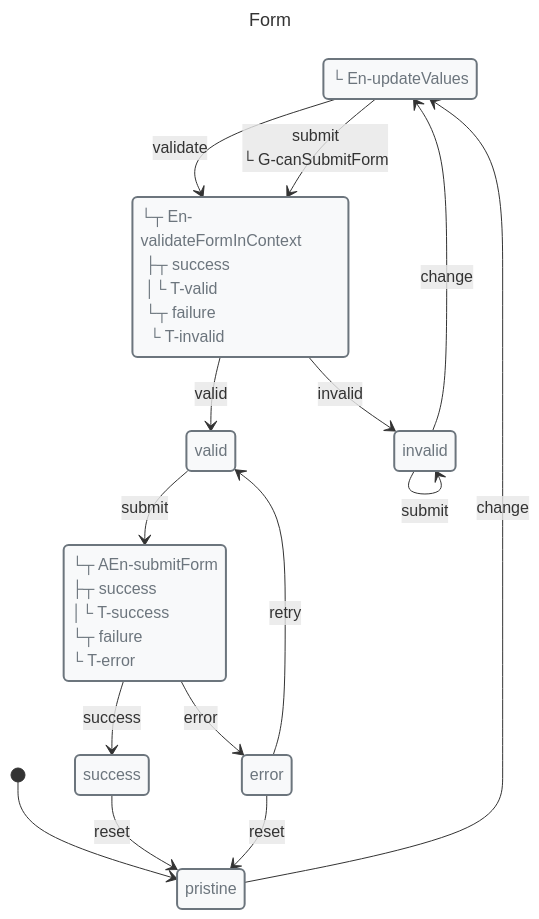
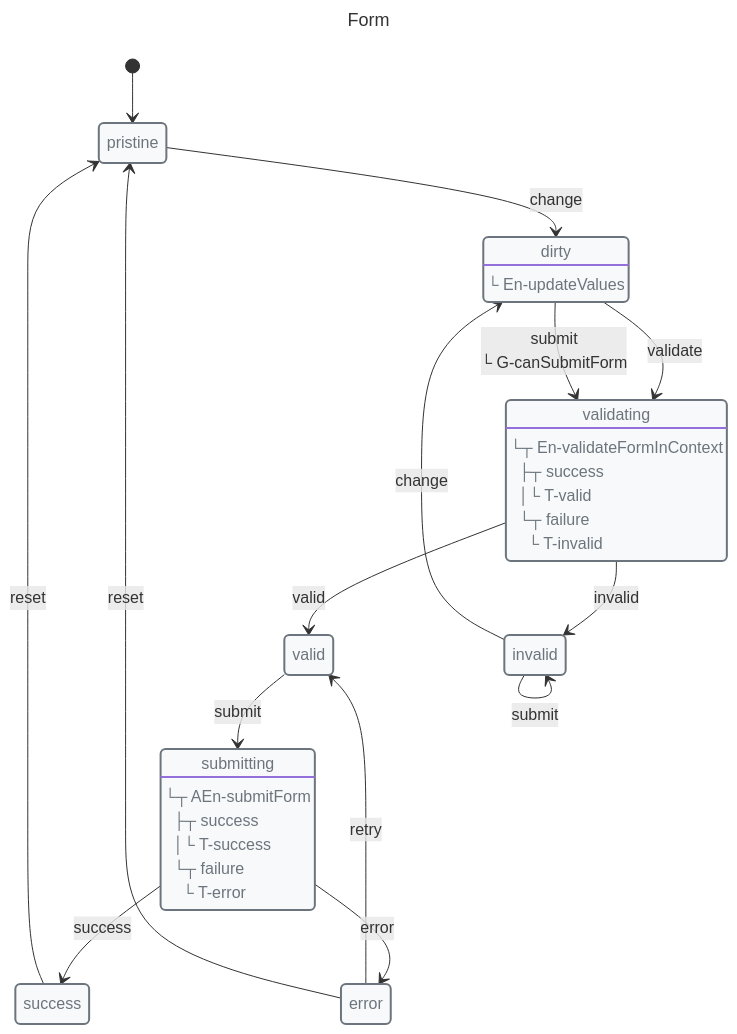
One commit to Masquerade-Circus/x-robot changed the first of 2 diagrams in docs/recipes/form-validation.md. Above: the diagram before and after it, drawn with Mermaid. The commit also changed other lines of this file and 123 other files, not shown here.

Commit message:
refactor: improve mermaid code

````diff
--- a/docs/recipes/form-validation.md
+++ b/docs/recipes/form-validation.md
@@ -11,50 +11,51 @@
 ```mermaid
 ---
 title: Form
 ---
 
 stateDiagram-v2
+direction TB
 
 classDef danger fill:#f8d7da,stroke:#721c24,stroke-width:2px,text-align:left,color:#721c24
 classDef warning fill:#fff3cd,stroke:#856404,stroke-width:2px,text-align:left,color:#856404
 classDef success fill:#d4edda,stroke:#155724,stroke-width:2px,text-align:left,color:#155724
 classDef primary fill:#cce5ff,stroke:#004085,stroke-width:2px,text-align:left,color:#004085
 classDef info fill:#d1ecf1,stroke:#0c5460,stroke-width:2px,text-align:left,color:#0c5460
 classDef def fill:#f8f9fa,stroke:#6c757d,stroke-width:2px,text-align:left,color:#6c757d
 
-state pristine
-state dirty
-state validating
-state valid
-state invalid
-state submitting
-state success
-state error
+state "pristine" as pristine
+state "dirty" as dirty
+state "validating" as validating
+state "valid" as valid
+state "invalid" as invalid
+state "submitting" as submitting
+state "success" as success
+state "error" as error
 class pristine def
 class dirty def
 class validating def
 class valid def
 class invalid def
 class submitting def
 class success def
 class error def
 
 dirty: └ En-updateValues
-validating: └┬ En-validateFormInContext<br> ├┬ success<br> │└ T-valid<br> └┬ failure<br>  └ T-invalid
-submitting: └┬ AEn-submitForm<br> ├┬ success<br> │└ T-success<br> └┬ failure<br>  └ T-error
+validating: └┬ En-validateFormInContext<br> ├┬ success<br> │└ T-valid<br> └┬ failure<br>  └ T-invalid
+submitting: └┬ AEn-submitForm<br> ├┬ success<br> │└ T-success<br> └┬ failure<br>  └ T-error
 
 [*] --> pristine
 pristine --> dirty: change
 dirty --> validating: validate
 dirty --> validating: submit<br>└ G-canSubmitForm
 validating --> valid: valid
 validating --> invalid: invalid
 valid --> submitting: submit
 invalid --> dirty: change
 invalid --> invalid: submit
 submitting --> success: success
 submitting --> error: error
 success --> pristine: reset
 error --> valid: retry
 error --> pristine: reset
 ```
````
